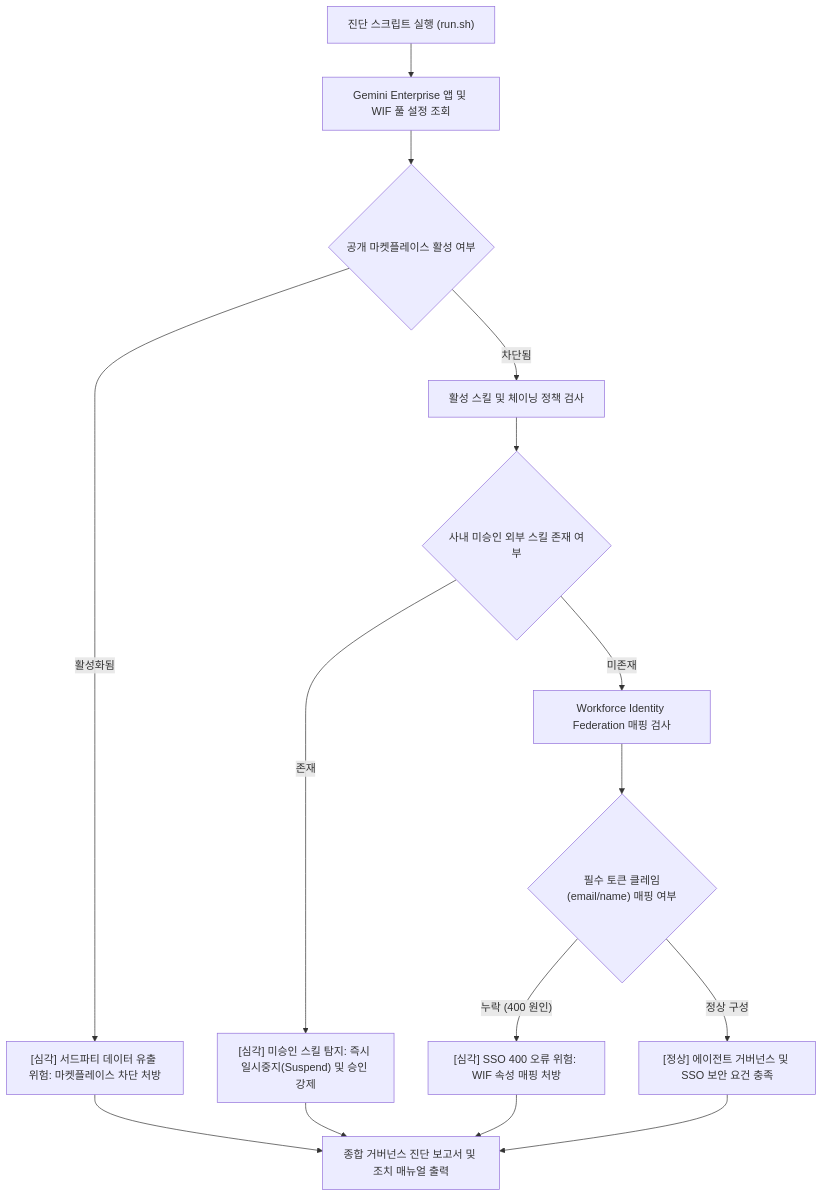
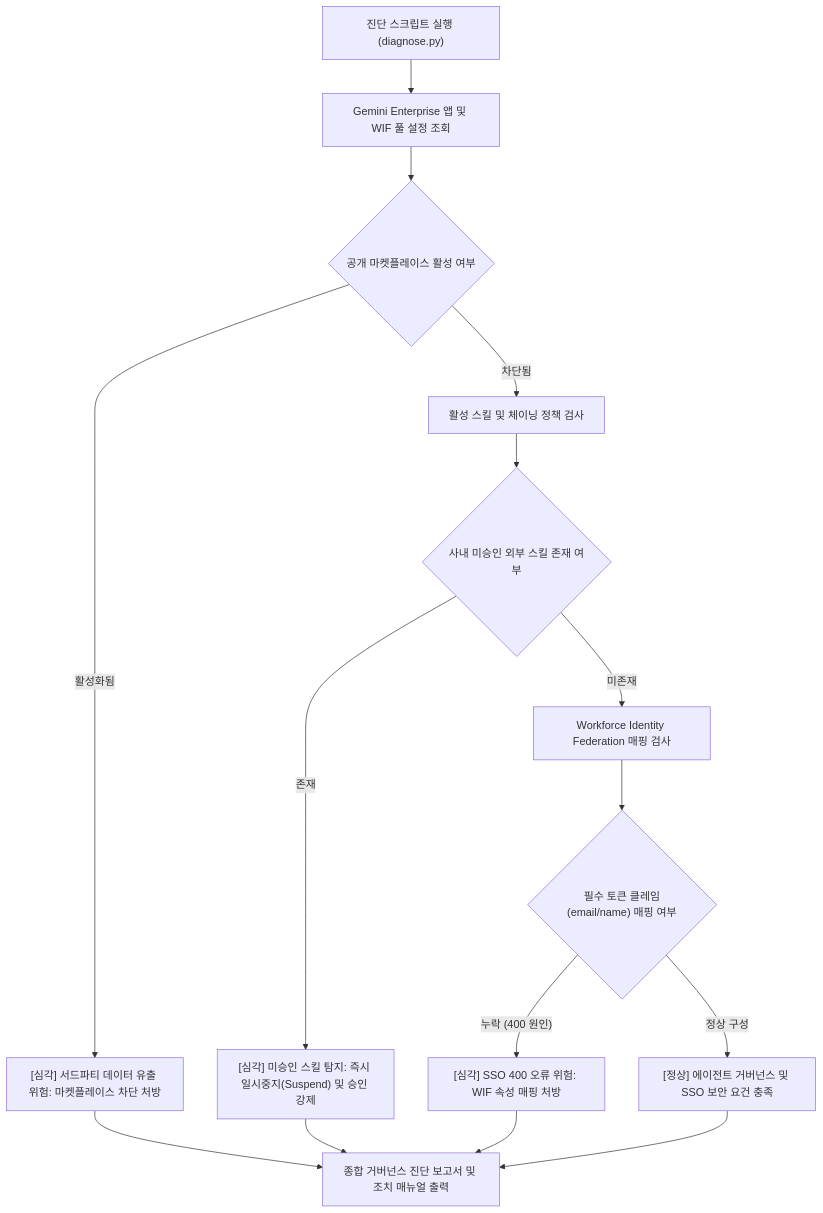
One commit to jiangjun-forge/google-cloud-0-to-1 changed the diagram in samples/gemini-enterprise-governance-guard/README.md. Above: the diagram before and after it, drawn with Mermaid. The commit also changed other lines of this file and 180 other files, not shown here.

````diff
--- a/samples/gemini-enterprise-governance-guard/README.md
+++ b/samples/gemini-enterprise-governance-guard/README.md
@@ -37,21 +37,21 @@
 ```mermaid
 flowchart TD
-    Start["진단 스크립트 실행 (run.sh)"] --> FetchGovernance["Gemini Enterprise 앱 및 WIF 풀 설정 조회"]
+    Start["진단 스크립트 실행 (diagnose.py)"] --> FetchGovernance["Gemini Enterprise 앱 및 WIF 풀 설정 조회"]
     FetchGovernance --> CheckMarketplace{"공개 마켓플레이스 활성 여부"}
     
     CheckMarketplace -->|"활성화됨"| CriticalMP["[심각] 서드파티 데이터 유출 위험: 마켓플레이스 차단 처방"]
     CheckMarketplace -->|"차단됨"| CheckSkills["활성 스킬 및 체이닝 정책 검사"]
     
     CheckSkills --> CheckUnapproved{"사내 미승인 외부 스킬 존재 여부"}
     CheckUnapproved -->|"존재"| CriticalSkills["[심각] 미승인 스킬 탐지: 즉시 일시중지(Suspend) 및 승인 강제"]
     CheckUnapproved -->|"미존재"| CheckWIF["Workforce Identity Federation 매핑 검사"]
     
     CheckWIF --> CheckClaims{"필수 토큰 클레임(email/name) 매핑 여부"}
     CheckClaims -->|"누락 (400 원인)"| CriticalWIF["[심각] SSO 400 오류 위험: WIF 속성 매핑 처방"]
     CheckClaims -->|"정상 구성"| HealthyPass["[정상] 에이전트 거버넌스 및 SSO 보안 요건 충족"]
     
     CriticalMP --> GenerateReport["종합 거버넌스 진단 보고서 및 조치 매뉴얼 출력"]
     CriticalSkills --> GenerateReport
     CriticalWIF --> GenerateReport
     HealthyPass --> GenerateReport
 ```
````
